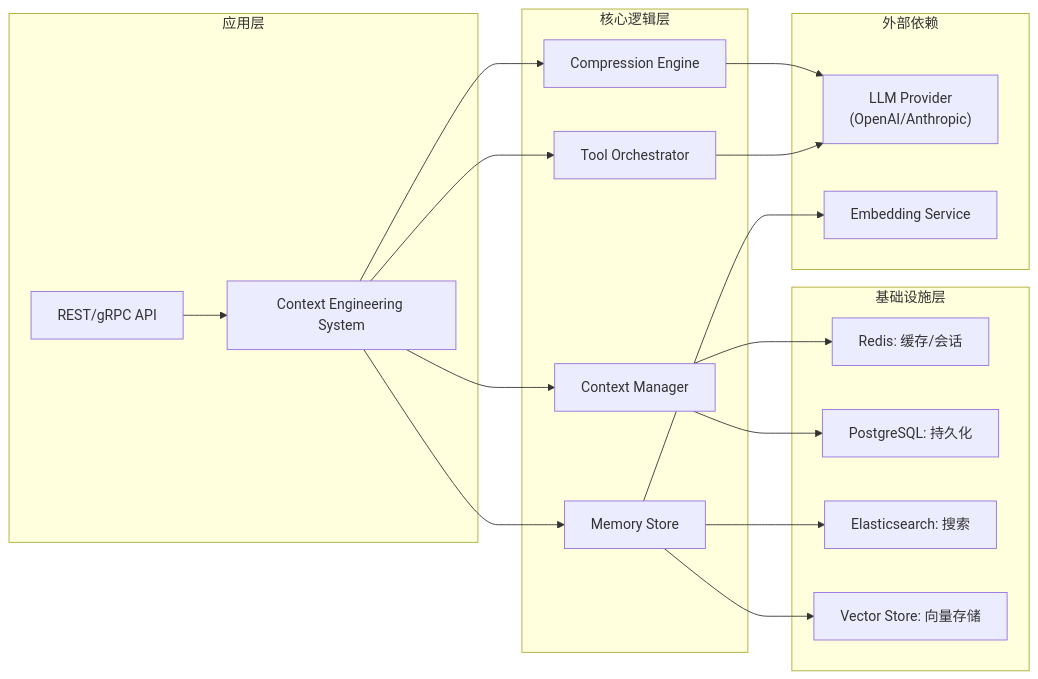
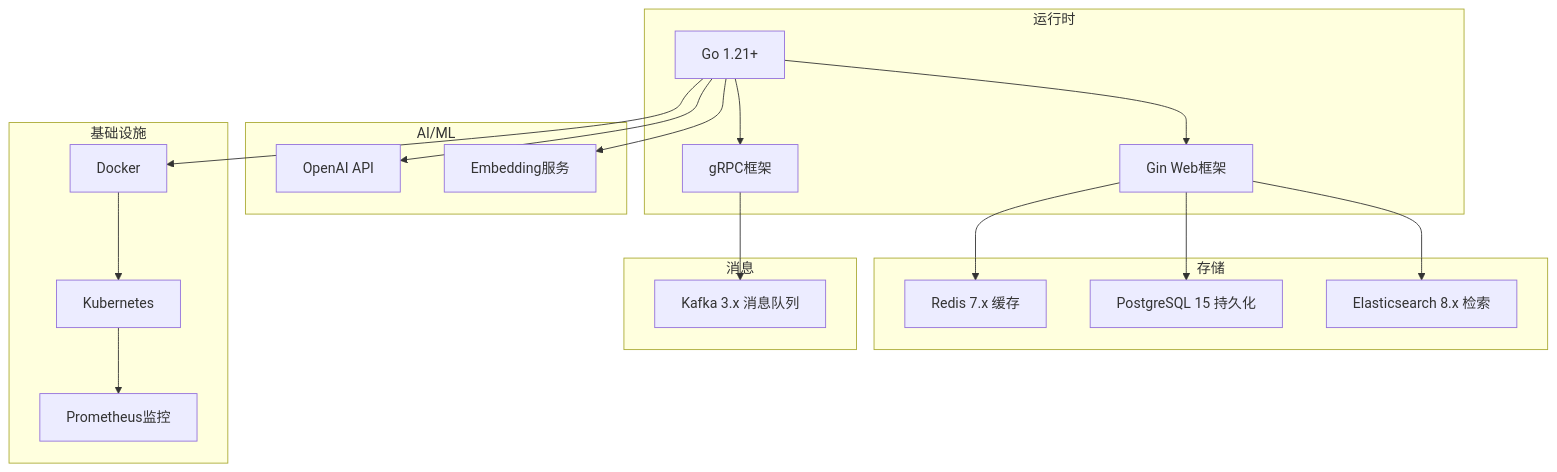
Diagram 15 of 27 in docs/architecture.md.md (352775098-dev/ContextService), drawn with Mermaid before and after one commit. The commit also changed other lines of this file, not shown here.

````diff
--- a/docs/architecture.md.md
+++ b/docs/architecture.md.md
@@ -332,41 +501,41 @@
 ```mermaid
-flowchart LR
-    subgraph Application_Layer["应用层"]
-        CES["Context Engineering System"]
-        API["REST/gRPC API"]
+graph TB
+    subgraph "运行时"
+        GO["Go 1.21+"]
+        GIN["Gin Web框架"]
+        GRPC["gRPC框架"]
     end
     
-    subgraph Core_Logic["核心逻辑层"]
-        CM["Context Manager"]
-        CE["Compression Engine"]
-        MS["Memory Store"]
-        TO["Tool Orchestrator"]
+    subgraph "存储"
+        REDIS["Redis 7.x 缓存"]
+        POSTGRES["PostgreSQL 15 持久化"]
+        ES["Elasticsearch 8.x 检索"]
     end
     
-    subgraph Infrastructure["基础设施层"]
-        Redis["Redis: 缓存/会话"]
-        PG["PostgreSQL: 持久化"]
-        ES["Elasticsearch: 搜索"]
-        VS["Vector Store: 向量存储"]
+    subgraph "消息"
+        KAFKA["Kafka 3.x 消息队列"]
     end
     
-    subgraph External["外部依赖"]
-        LLM["LLM Provider\n(OpenAI/Anthropic)"]
-        Embed["Embedding Service"]
+    subgraph "AI/ML"
+        OPENAI["OpenAI API"]
+        EMBEDDING["Embedding服务"]
     end
     
-    API --> CES
-    CES --> CM
-    CES --> CE
-    CES --> MS
-    CES --> TO
+    subgraph "基础设施"
+        K8S["Kubernetes"]
+        DOCKER["Docker"]
+        PROMETHEUS["Prometheus监控"]
+    end
     
-    CM --> Redis
-    CM --> PG
-    MS --> ES
-    MS --> VS
-    
-    CE --> LLM
-    TO --> LLM
-    MS --> Embed
+    GO --> GIN
+    GO --> GRPC
+    GIN --> REDIS
+    GIN --> POSTGRES
+    GIN --> ES
+    GRPC --> KAFKA
+    GO --> OPENAI
+    GO --> EMBEDDING
+    GO --> DOCKER
+    DOCKER --> K8S
+    K8S --> PROMETHEUS
 ```
````
